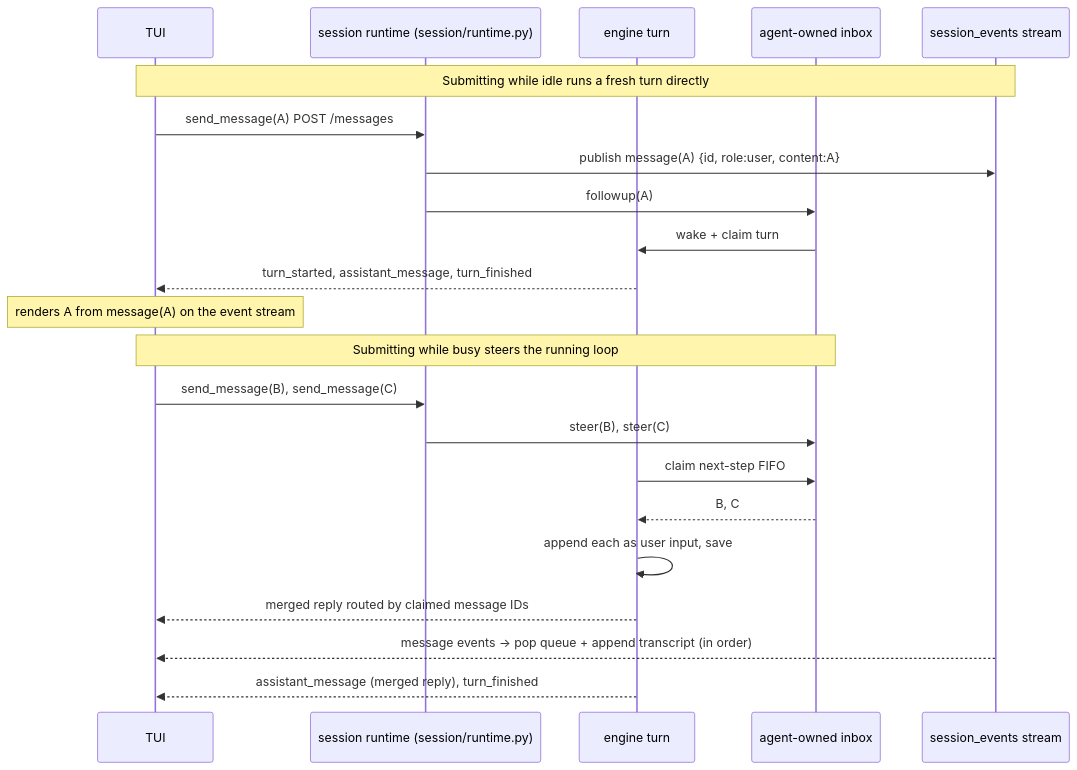
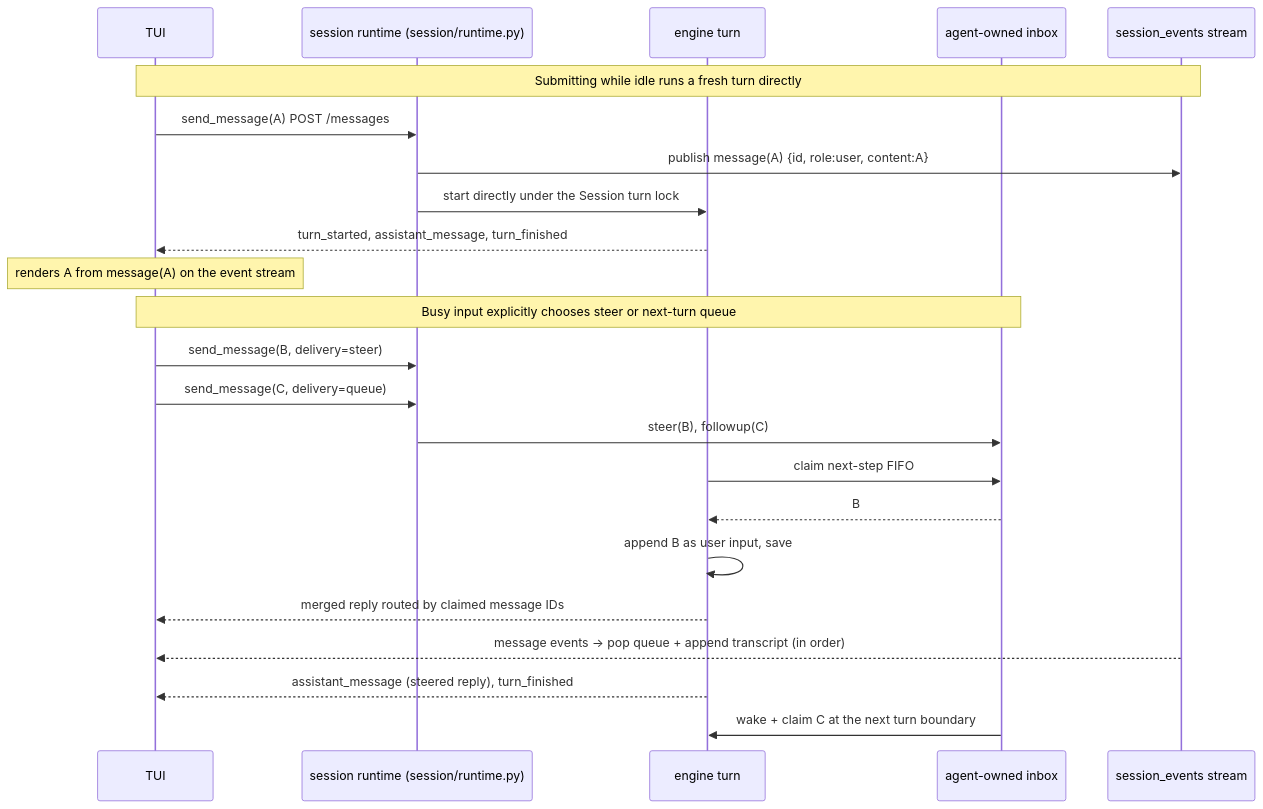
Before and after one commit to dukmu/XBot: the diagram in XBotv2/docs/protocol/protocol.md, drawn with Mermaid. The commit also changed other lines of this file and 75 other files, not shown here.

````diff
--- a/XBotv2/docs/protocol/protocol.md
+++ b/XBotv2/docs/protocol/protocol.md
@@ -268,26 +272,27 @@
 ```mermaid
 sequenceDiagram
     participant TUI
     participant Core as session runtime (session/runtime.py)
     participant Turn as engine turn
     participant Inbox as agent-owned inbox
     participant Ev as session_events stream
 
     Note over TUI,Ev: Submitting while idle runs a fresh turn directly
     TUI->>Core: send_message(A) POST /messages
     Core->>Ev: publish message(A) {id, role:user, content:A}
-    Core->>Inbox: followup(A)
-    Inbox->>Turn: wake + claim turn
+    Core->>Turn: start directly under the Session turn lock
     Turn-->>TUI: turn_started, assistant_message, turn_finished
     Note over TUI: renders A from message(A) on the event stream
 
-    Note over TUI,Inbox: Submitting while busy steers the running loop
-    TUI->>Core: send_message(B), send_message(C)
-    Core->>Inbox: steer(B), steer(C)
+    Note over TUI,Inbox: Busy input explicitly chooses steer or next-turn queue
+    TUI->>Core: send_message(B, delivery=steer)
+    TUI->>Core: send_message(C, delivery=queue)
+    Core->>Inbox: steer(B), followup(C)
     Turn->>Inbox: claim next-step FIFO
-    Inbox-->>Turn: B, C
-    Turn->>Turn: append each as user input, save
+    Inbox-->>Turn: B
+    Turn->>Turn: append B as user input, save
     Turn-->>TUI: merged reply routed by claimed message IDs
     Ev-->>TUI: message events → pop queue + append transcript (in order)
-    Turn-->>TUI: assistant_message (merged reply), turn_finished
+    Turn-->>TUI: assistant_message (steered reply), turn_finished
+    Inbox->>Turn: wake + claim C at the next turn boundary
 ```
````
